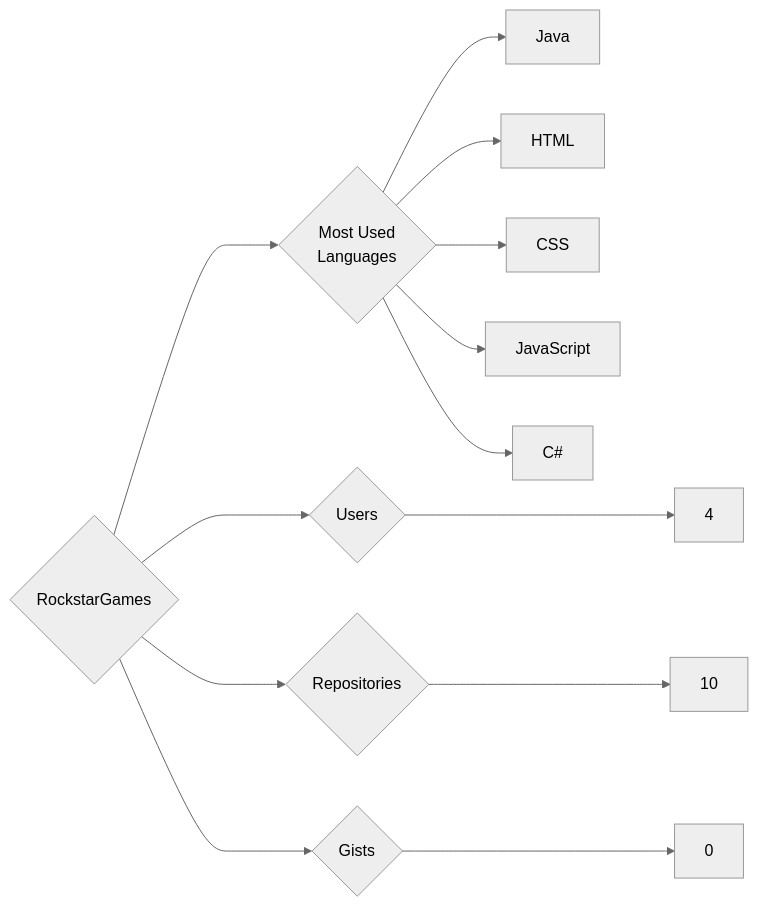
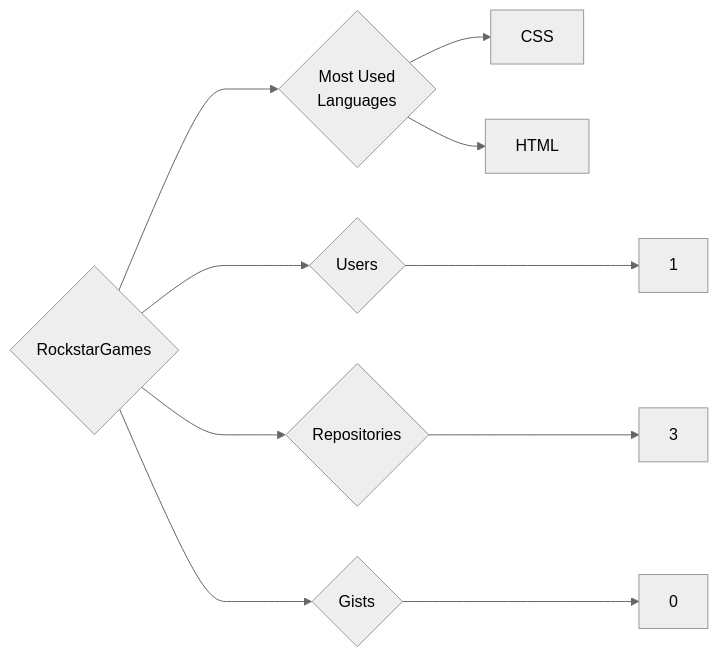
One commit to trickest/insiders changed the diagram in targets/RockstarGames/README.md. Above: the diagram before and after it, drawn with Mermaid (neutral theme). The commit also changed 948 other files, not shown here.

````diff
--- a/targets/RockstarGames/README.md
+++ b/targets/RockstarGames/README.md
@@ -3,13 +3,10 @@
 ```mermaid
 graph LR
 COMPANY_NAME{RockstarGames}
-COMPANY_NAME ---> U{Users} ---> UN[4]
-COMPANY_NAME ---> R{Repositories} ---> RN[10]
+COMPANY_NAME ---> U{Users} ---> UN[1]
+COMPANY_NAME ---> R{Repositories} ---> RN[3]
 COMPANY_NAME ---> G{Gists} ---> GN[0]
 COMPANY_NAME ---> ML{Most Used<br>Languages}
-ML --> Java[Java]
+ML --> CSS[CSS]
 ML --> HTML[HTML]
-ML --> CSS[CSS]
-ML --> JavaScript[JavaScript]
-ML --> C#[C#]
 ```
````
